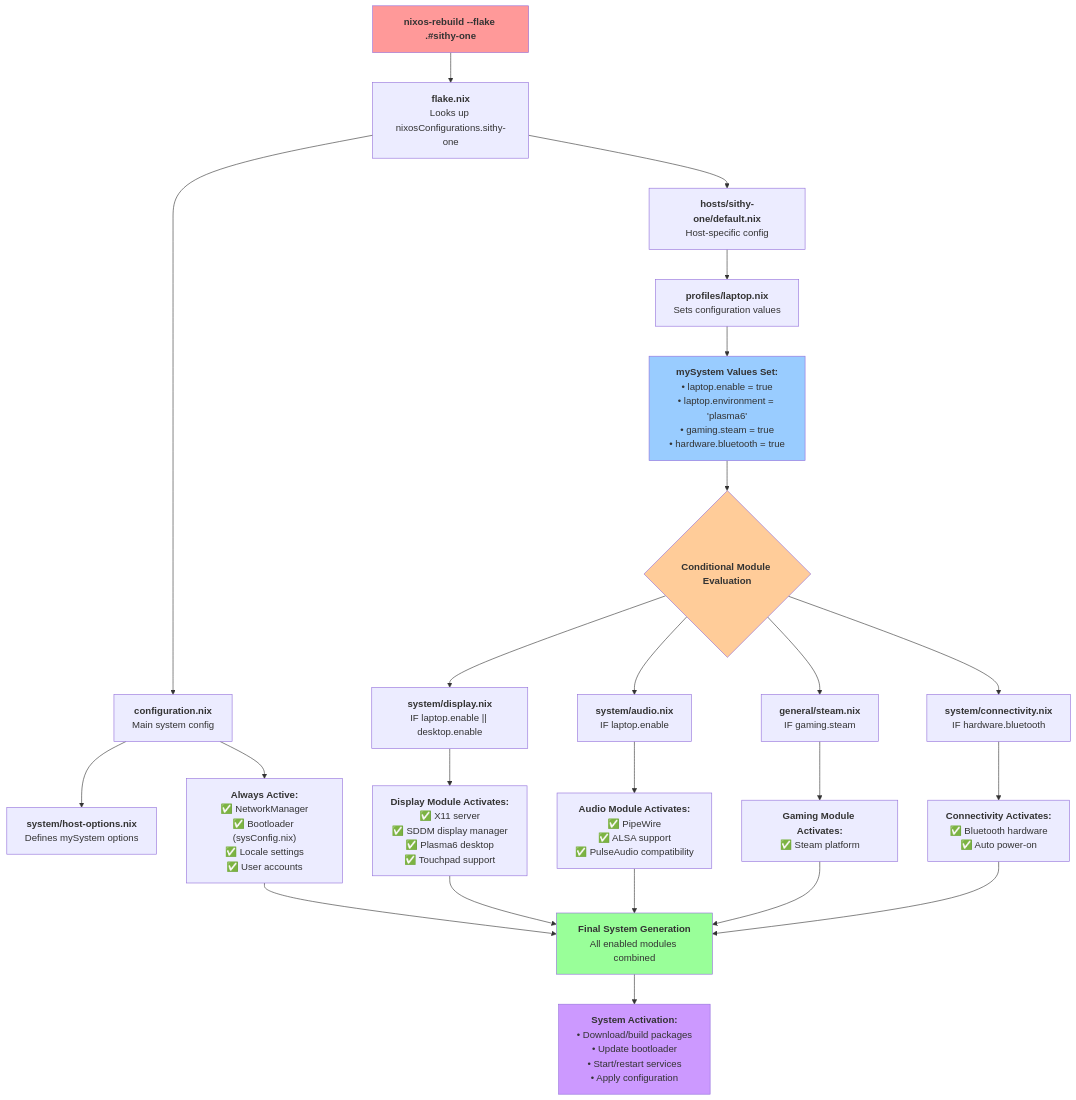
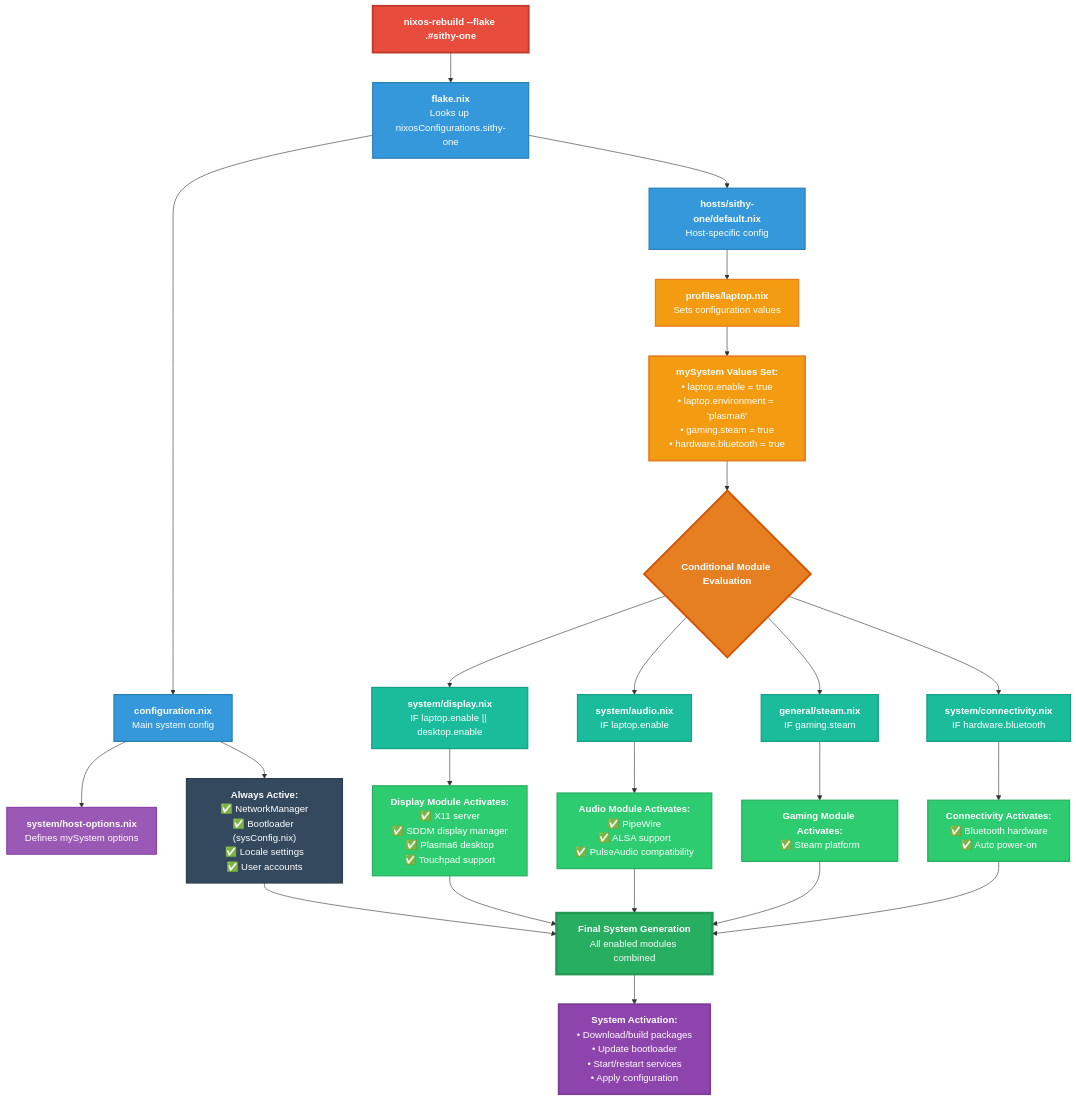
Before and after one commit to sithypenguin/nix-config: the diagram in rebuild-flow.md, drawn with Mermaid.

Commit message:
Redo the colors to make them easier to read for me

````diff
--- a/rebuild-flow.md
+++ b/rebuild-flow.md
@@ -1,4 +1,4 @@
-``` mermaid
+```mermaid
 flowchart TD
     A["`**nixos-rebuild --flake .#sithy-one**`"] --> B["`**flake.nix**
     Looks up nixosConfigurations.sithy-one`"]
@@ -72,9 +72,24 @@
     • Start/restart services
     • Apply configuration`"]
     
-    style A fill:#ff9999
-    style G fill:#99ccff
-    style H fill:#ffcc99
-    style R fill:#99ff99
-    style S fill:#cc99ff
+    %% Color styling for better visibility
+    style A fill:#e74c3c,stroke:#c0392b,stroke-width:3px,color:#fff
+    style B fill:#3498db,stroke:#2980b9,stroke-width:2px,color:#fff
+    style C fill:#3498db,stroke:#2980b9,stroke-width:2px,color:#fff
+    style D fill:#3498db,stroke:#2980b9,stroke-width:2px,color:#fff
+    style E fill:#9b59b6,stroke:#8e44ad,stroke-width:2px,color:#fff
+    style F fill:#f39c12,stroke:#e67e22,stroke-width:2px,color:#fff
+    style G fill:#f39c12,stroke:#e67e22,stroke-width:3px,color:#fff
+    style H fill:#e67e22,stroke:#d35400,stroke-width:3px,color:#fff
+    style I fill:#1abc9c,stroke:#16a085,stroke-width:2px,color:#fff
+    style J fill:#1abc9c,stroke:#16a085,stroke-width:2px,color:#fff
+    style K fill:#1abc9c,stroke:#16a085,stroke-width:2px,color:#fff
+    style L fill:#1abc9c,stroke:#16a085,stroke-width:2px,color:#fff
+    style M fill:#2ecc71,stroke:#27ae60,stroke-width:2px,color:#fff
+    style N fill:#2ecc71,stroke:#27ae60,stroke-width:2px,color:#fff
+    style O fill:#2ecc71,stroke:#27ae60,stroke-width:2px,color:#fff
+    style P fill:#2ecc71,stroke:#27ae60,stroke-width:2px,color:#fff
+    style Q fill:#34495e,stroke:#2c3e50,stroke-width:2px,color:#fff
+    style R fill:#27ae60,stroke:#229954,stroke-width:4px,color:#fff
+    style S fill:#8e44ad,stroke:#7d3c98,stroke-width:3px,color:#fff
 ```
````
